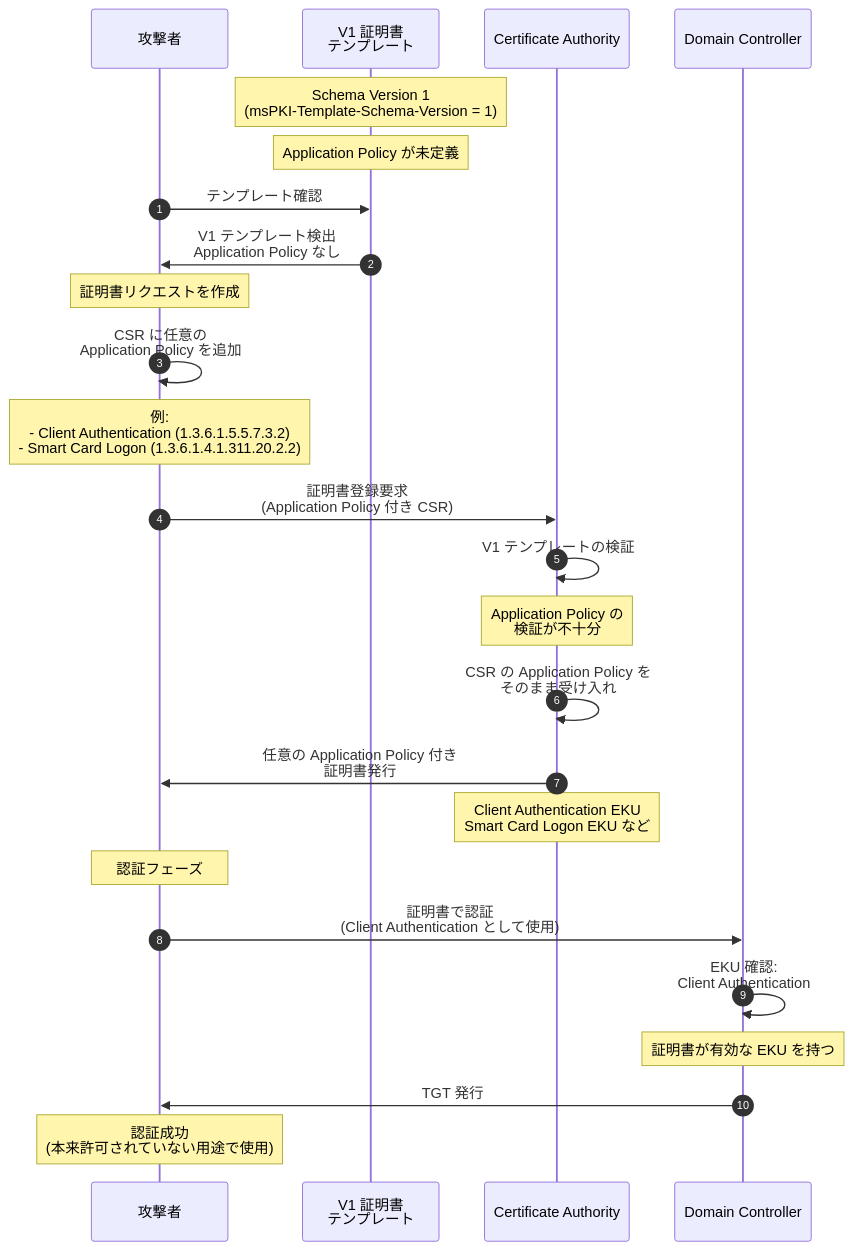
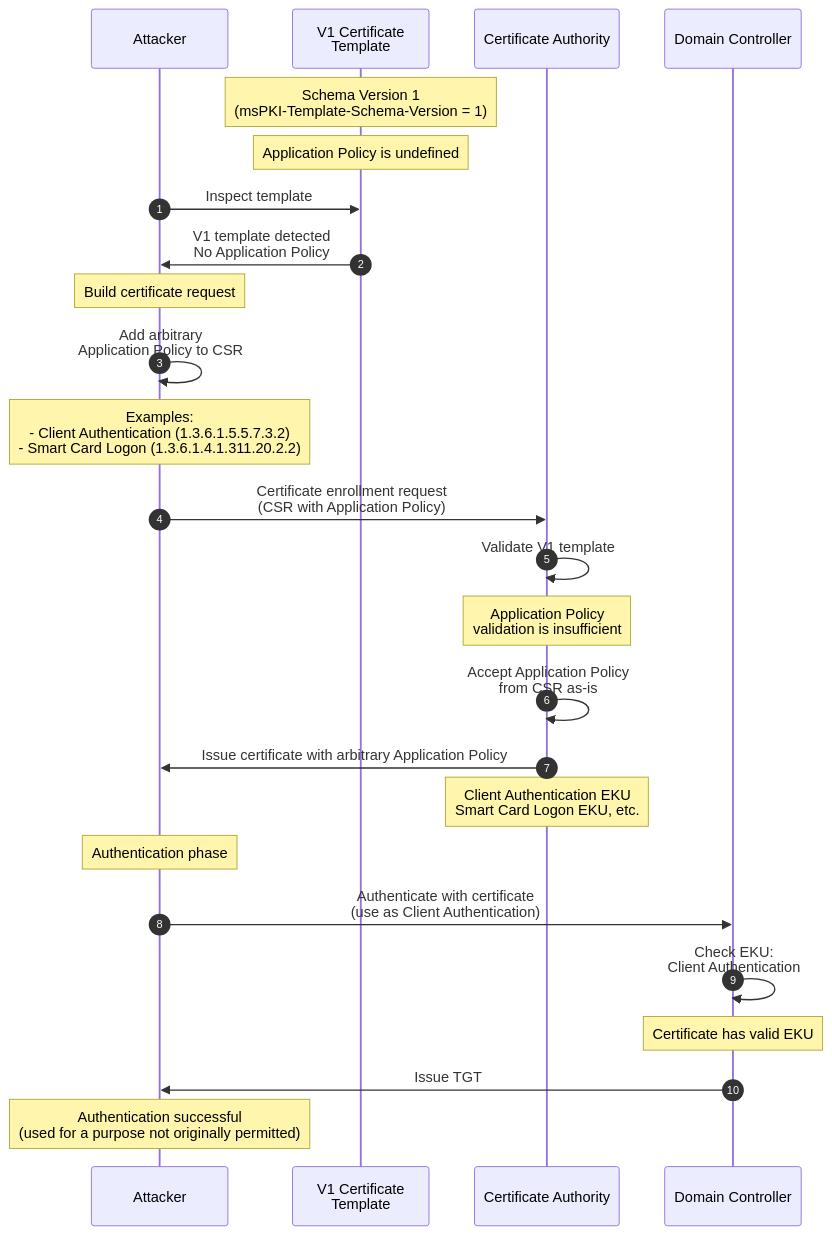
Before and after one commit to morimori-dev/morimori-dev.github.io: diagram 15 of 17 in _posts/2026-03-03-tech-adcs-esc-attack-guide.md, drawn with Mermaid. The commit also changed other lines of this file and 1 other file, not shown here.

````diff
--- a/_posts/2026-03-03-tech-adcs-esc-attack-guide.md
+++ b/_posts/2026-03-03-tech-adcs-esc-attack-guide.md
@@ -1459,40 +1460,40 @@
 ```mermaid
 sequenceDiagram
     autonumber
-    participant A as 攻撃者
-    participant V1 as V1 証明書<br/>テンプレート
+    participant A as Attacker
+    participant V1 as V1 Certificate<br/>Template
     participant CA as Certificate Authority
     participant DC as Domain Controller
-    
+
     Note over V1: Schema Version 1<br/>(msPKI-Template-Schema-Version = 1)
-    Note over V1: Application Policy が未定義
-    
-    A->>V1: テンプレート確認
-    V1->>A: V1 テンプレート検出<br/>Application Policy なし
-    
-    Note over A: 証明書リクエストを作成
-    
-    A->>A: CSR に任意の<br/>Application Policy を追加
-    Note over A: 例:<br/>- Client Authentication (1.3.6.1.5.5.7.3.2)<br/>- Smart Card Logon (1.3.6.1.4.1.311.20.2.2)
-    
-    A->>CA: 証明書登録要求<br/>(Application Policy 付き CSR)
-    
-    CA->>CA: V1 テンプレートの検証
-    Note over CA: Application Policy の<br/>検証が不十分
-    
-    CA->>CA: CSR の Application Policy を<br/>そのまま受け入れ
-    
-    CA->>A: 任意の Application Policy 付き<br/>証明書発行
-    Note over CA: Client Authentication EKU<br/>Smart Card Logon EKU など
-    
-    Note over A: 認証フェーズ
-    
-    A->>DC: 証明書で認証<br/>(Client Authentication として使用)
-    
-    DC->>DC: EKU 確認:<br/>Client Authentication
-    Note over DC: 証明書が有効な EKU を持つ
-    
-    DC->>A: TGT 発行
-    
-    Note over A: 認証成功<br/>(本来許可されていない用途で使用)
+    Note over V1: Application Policy is undefined
+
+    A->>V1: Inspect template
+    V1->>A: V1 template detected<br/>No Application Policy
+
+    Note over A: Build certificate request
+
+    A->>A: Add arbitrary<br/>Application Policy to CSR
+    Note over A: Examples:<br/>- Client Authentication (1.3.6.1.5.5.7.3.2)<br/>- Smart Card Logon (1.3.6.1.4.1.311.20.2.2)
+
+    A->>CA: Certificate enrollment request<br/>(CSR with Application Policy)
+
+    CA->>CA: Validate V1 template
+    Note over CA: Application Policy<br/>validation is insufficient
+
+    CA->>CA: Accept Application Policy<br/>from CSR as-is
+
+    CA->>A: Issue certificate with arbitrary Application Policy
+    Note over CA: Client Authentication EKU<br/>Smart Card Logon EKU, etc.
+
+    Note over A: Authentication phase
+
+    A->>DC: Authenticate with certificate<br/>(use as Client Authentication)
+
+    DC->>DC: Check EKU:<br/>Client Authentication
+    Note over DC: Certificate has valid EKU
+
+    DC->>A: Issue TGT
+
+    Note over A: Authentication successful<br/>(used for a purpose not originally permitted)
 ```
````
